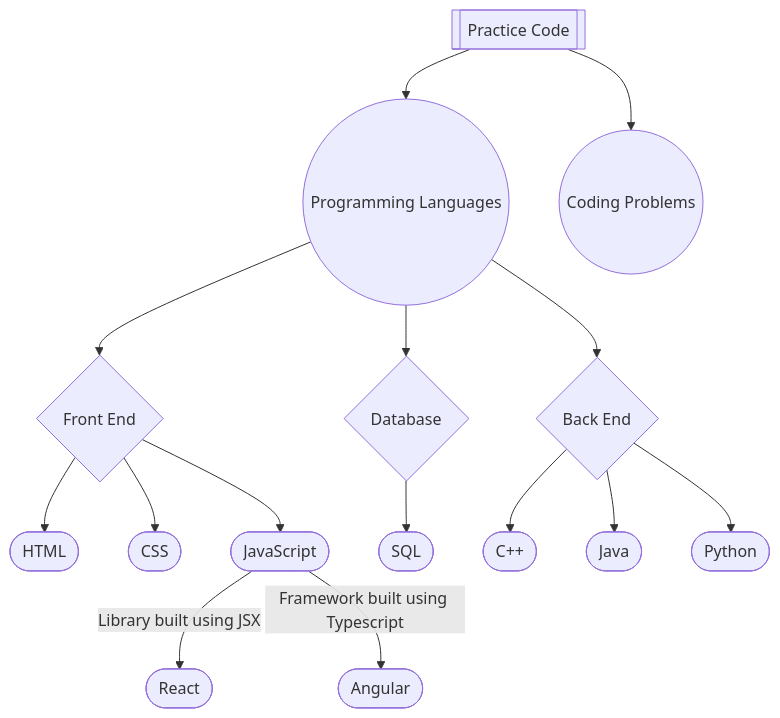
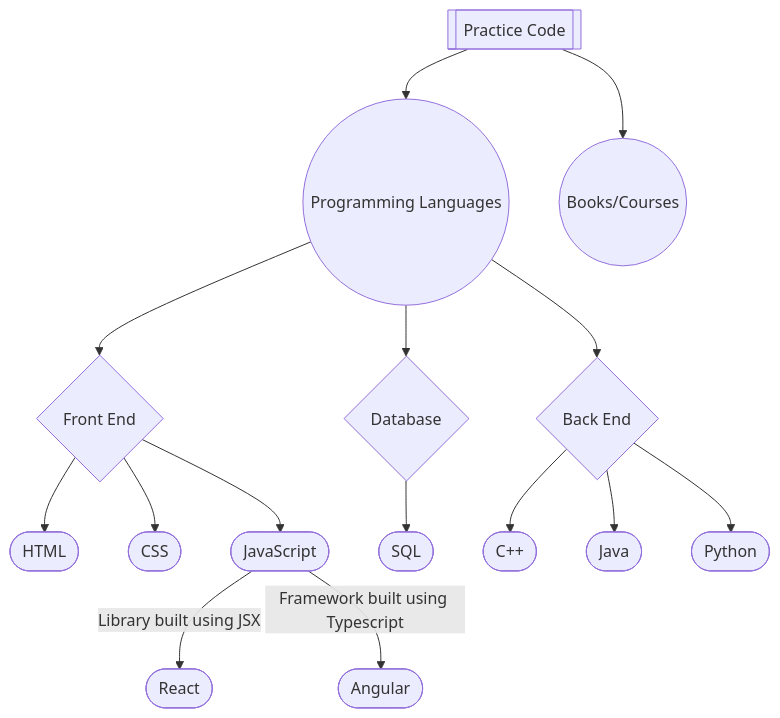
One commit to Curious-Yu/practice_code changed the diagram in README.md. Above: the diagram before and after it, drawn with Mermaid.

````diff
--- a/README.md
+++ b/README.md
@@ -13,38 +13,38 @@
 ```mermaid
 graph TD;
 
     A1[[Practice Code]]-->B1((Programming Languages));
-    A1-->B2((Coding Problems));
+    A1[[Practice Code]]-->B2((Books/Courses));
     
     B1-->C1{Front End};
     B1-->C2{Database};
     B1-->C3{Back End};
     
 
     C1-->D1([HTML]);
     C1-->D2([CSS]);
     C1-->D3([JavaScript]);
     
     D3-- Library built using JSX -->E1([React]);
     D3-- Framework built using Typescript -->E2([Angular]);
     
     C2-->D4([SQL]);
     
     C3-->D5([C++]);
     C3-->D6([Java]);
     C3-->D7([Python]);
     
     click A1 "https://github.com/Curious-Yu/practice_code" _blank
     
-    click B2 "https://github.com/Curious-Yu/practice_code/wiki/Coding-Problems" _blank
+    
     
     click D1 "https://github.com/Curious-Yu/practice_code/wiki/HTML" _blank
     click D2 "https://github.com/Curious-Yu/practice_code/wiki/CSS" _blank
     click D3 "https://github.com/Curious-Yu/practice_code/wiki/JavaScript" _blank
     click E1 "https://github.com/Curious-Yu/practice_code/wiki/React" _blank
     click D4 "https://github.com/Curious-Yu/practice_code/wiki/SQL" _blank
     click D5 "https://github.com/Curious-Yu/practice_code/wiki/C_plus_plus" _blank
     click D6 "https://github.com/Curious-Yu/practice_code/wiki/Java" _blank
     click D7 "https://github.com/Curious-Yu/practice_code/wiki/Python" _blank
     
 ```
````
